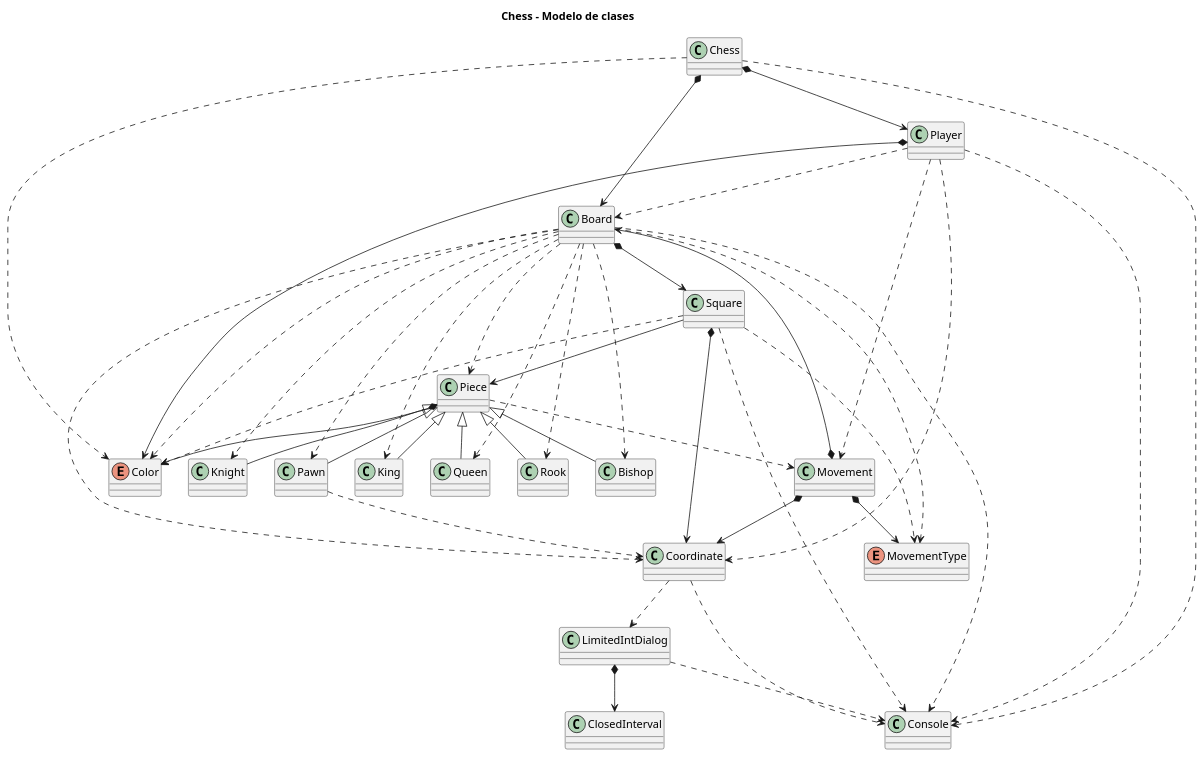
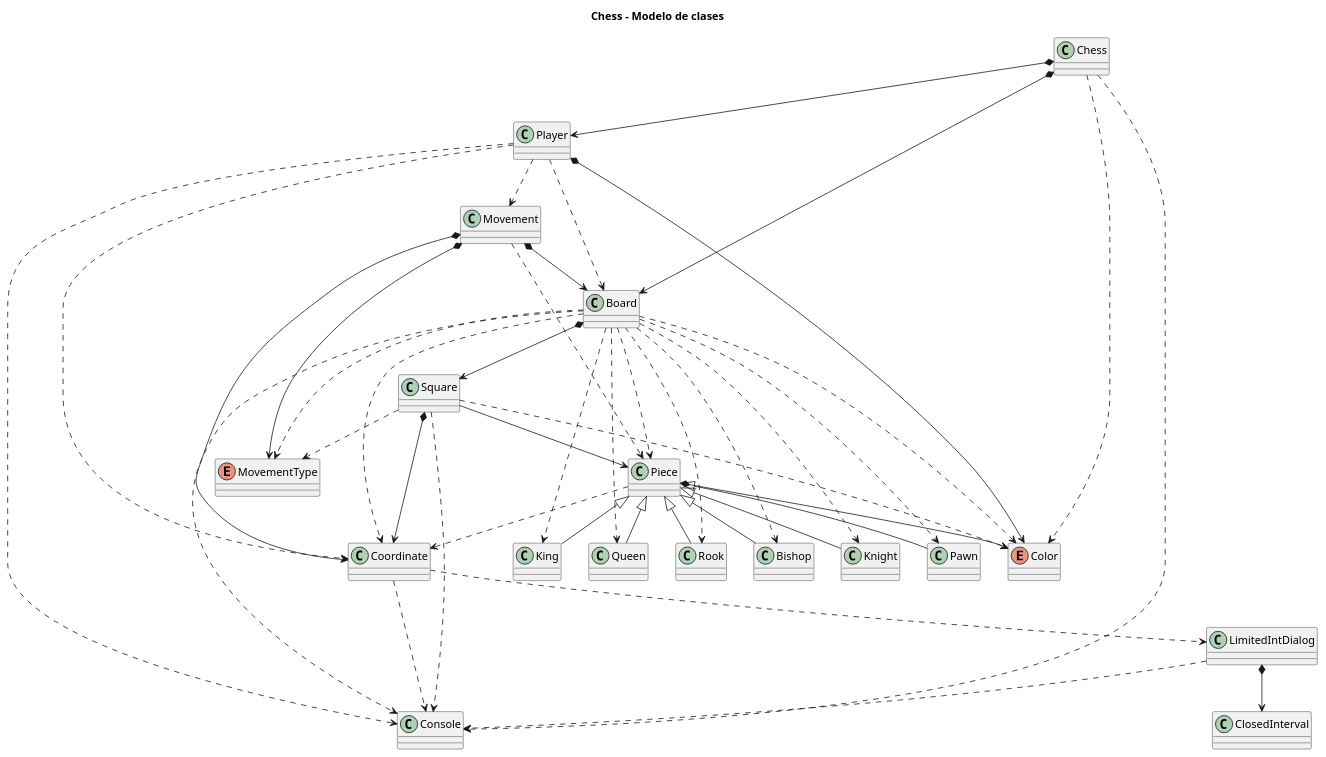
One commit to Master-Desarrollo-20-21/ejercicio-4-ajedrez-polimorfismo-menthil changed the diagram in chess/diagramas/diagrama-clases.puml. Above: the diagram before and after it, drawn with PlantUML. The commit also changed 11 other files, not shown here.

```diff
--- a/chess/diagramas/diagrama-clases.puml
+++ b/chess/diagramas/diagrama-clases.puml
@@ -1,97 +1,97 @@
 @startuml
 
 title Chess - Modelo de clases
 
 Class Chess
 
 Chess *--> Board
 Chess *--> Player
 Chess ..> Color
 Chess ..> Console
 
 Class Board
 
 Board *--> Square
 Board ..> Coordinate
 Board ..> Color
 Board ..> Piece
 Board ..> King
 Board ..> Queen
 Board ..> Rook
 Board ..> Bishop
 Board ..> Knight
 Board ..> Pawn
 Board ..> Console
 Board ..> MovementType
 
 Class Player
 
 Player *--> Color
 Player ..> Board
 Player ..> Coordinate
 Player ..> Console
 Player ..> Movement
 
 Class Console
 
 Enum Color
 
 Class Square
 
 Square --> Piece
 Square *--> Coordinate
 Square ..> Color
 Square ..> Console
 Square ..> MovementType
 
 Class Coordinate
 
 Coordinate ..> Console
 Coordinate ..> LimitedIntDialog
 
 Class Piece
 
 Piece *--> Color
-Piece ..> Movement
+Piece ..> Coordinate
 
 Class King
 
 Piece <|-- King
 
 Class Queen
 
 Piece <|-- Queen
 
 Class Rook
 
 Piece <|-- Rook
 
 Class Bishop
 
 Piece <|-- Bishop
 
 Class Knight
 
 Piece <|-- Knight
 
 Class Pawn
 
 Piece <|-- Pawn
-Pawn ..> Coordinate
 
 Class Movement
 
 Movement *--> Board
 Movement *--> Coordinate
 Movement *--> MovementType
+Movement ..> Piece
 
 Enum MovementType 
 
 Class LimitedIntDialog
 
 LimitedIntDialog *--> ClosedInterval
 LimitedIntDialog ..> Console
 
 Class ClosedInterval
 
 @enduml
```
